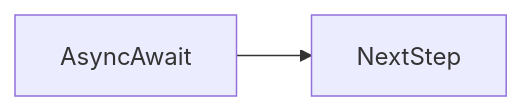
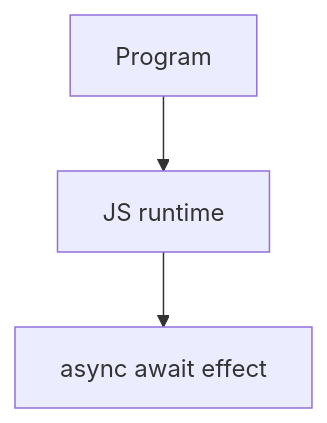
Before and after one commit to OmidJavaherii/Frontend-Engineering-Handbook: the second of 2 diagrams in docs/en/06-javascript/async-await/index.md, drawn with Mermaid. The commit also changed other lines of this file and 461 other files, not shown here.

````diff
--- a/docs/en/06-javascript/async-await/index.md
+++ b/docs/en/06-javascript/async-await/index.md
@@ -96,4 +117,5 @@
 ```mermaid
-flowchart LR
-  concept[AsyncAwait] --> nextStep[NextStep]
+flowchart TD
+  Code[Program] --> Runtime[JS runtime]
+  Runtime --> Effect[async await effect]
 ```
````
